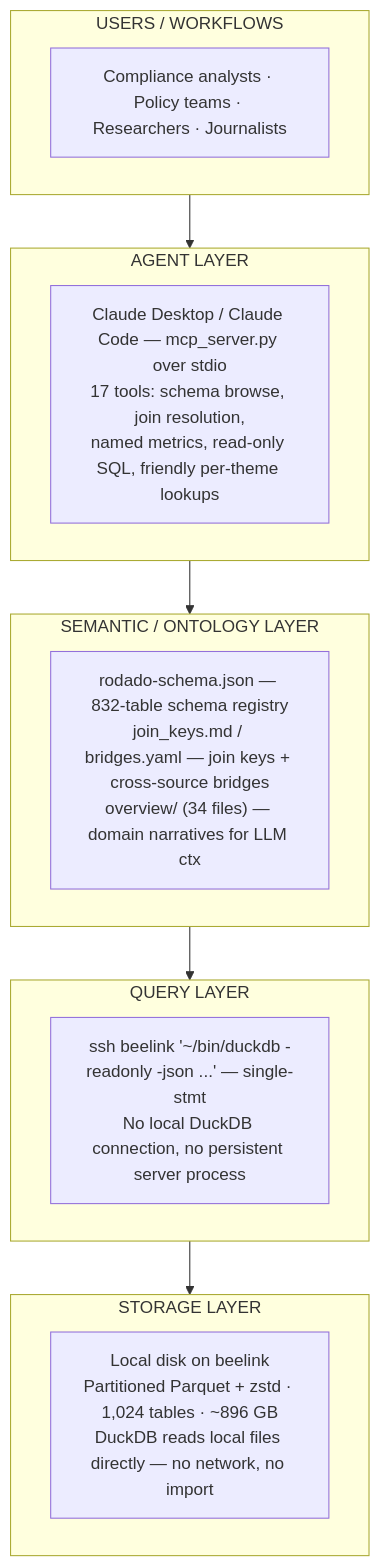
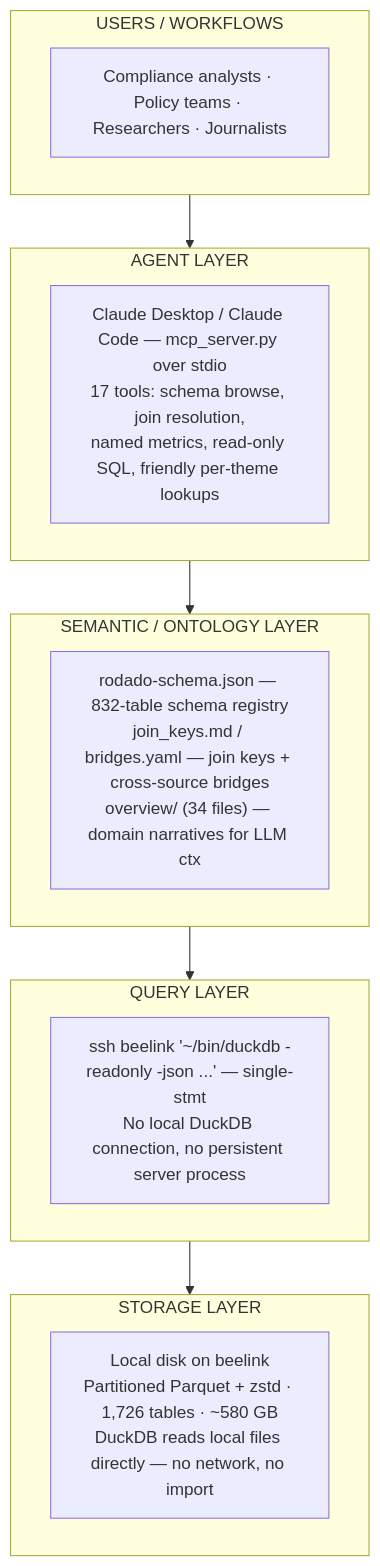
One commit to rafapolo/rodado changed the second of 3 diagrams in docs/tecnico/TECHNICAL.md. Above: the diagram before and after it, drawn with Mermaid. The commit also changed other lines of this file and 1 other file, not shown here.

Commit message:
docs: contagens do technical e do schema do mcp conforme o catálogo atual

````diff
--- a/docs/tecnico/TECHNICAL.md
+++ b/docs/tecnico/TECHNICAL.md
@@ -178,20 +178,20 @@
 ```mermaid
 flowchart TD
     subgraph USERS["USERS / WORKFLOWS"]
         U["Compliance analysts · Policy teams · Researchers · Journalists"]
     end
     subgraph AGENT["AGENT LAYER"]
         A["Claude Desktop / Claude Code — mcp_server.py over stdio<br/>17 tools: schema browse, join resolution,<br/>named metrics, read-only SQL, friendly per-theme lookups"]
     end
     subgraph SEMANTIC["SEMANTIC / ONTOLOGY LAYER"]
         S["rodado-schema.json — 832-table schema registry<br/>join_keys.md / bridges.yaml — join keys + cross-source bridges<br/>overview/ (34 files) — domain narratives for LLM ctx"]
     end
     subgraph QUERY["QUERY LAYER"]
         Q["ssh beelink '~/bin/duckdb -readonly -json ...' — single-stmt<br/>No local DuckDB connection, no persistent server process"]
     end
     subgraph STORAGE["STORAGE LAYER"]
-        ST["Local disk on beelink<br/>Partitioned Parquet + zstd · 1,024 tables · ~896 GB<br/>DuckDB reads local files directly — no network, no import"]
+        ST["Local disk on beelink<br/>Partitioned Parquet + zstd · 1,726 tables · ~580 GB<br/>DuckDB reads local files directly — no network, no import"]
     end
 
     USERS --> AGENT --> SEMANTIC --> QUERY --> STORAGE
 ```
````
